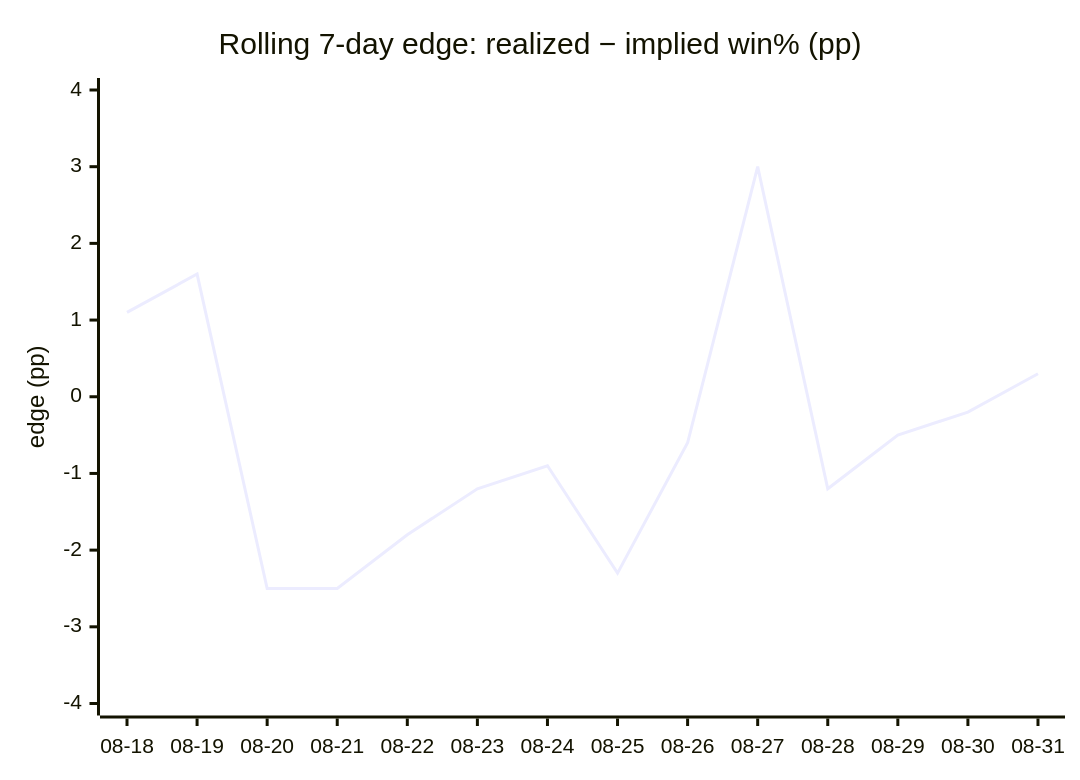
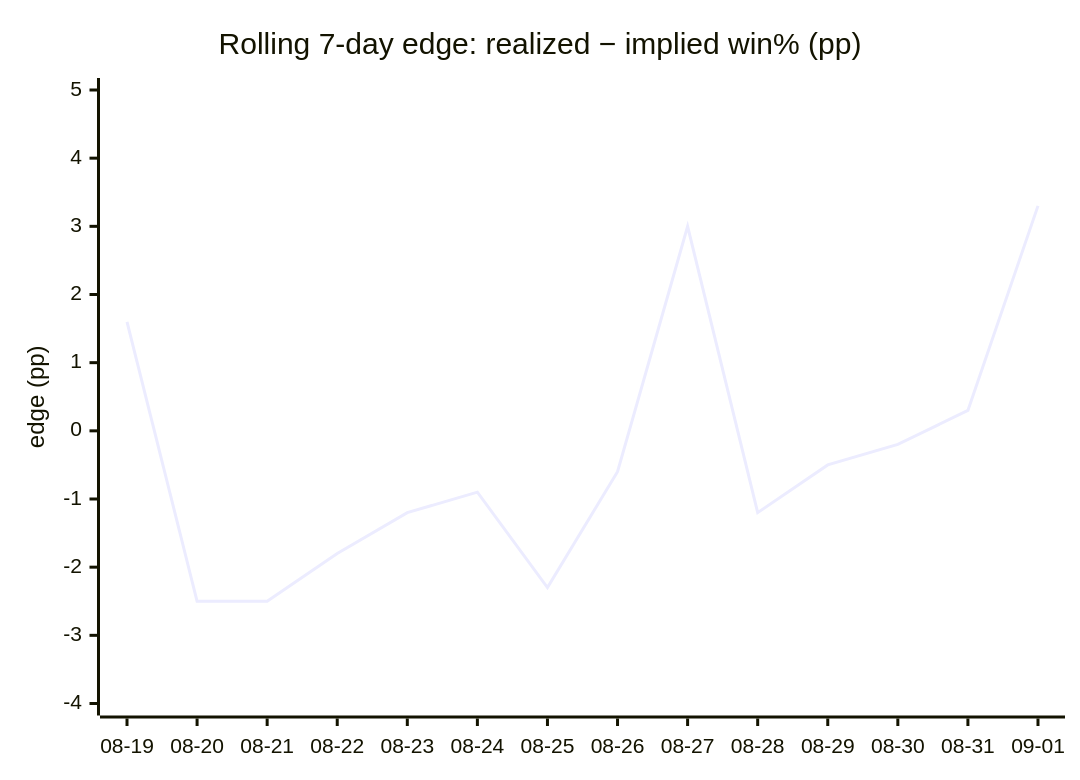
Before and after one commit to dpk1212/nhl-savant: the fourth of 4 diagrams in DAILY_AGSU_REPORT.md, drawn with Mermaid. The commit also changed other lines of this file, not shown here.

````diff
--- a/DAILY_AGSU_REPORT.md
+++ b/DAILY_AGSU_REPORT.md
@@ -866,7 +869,7 @@
 ```mermaid
 xychart-beta
     title "Rolling 7-day edge: realized − implied win% (pp)"
-    x-axis ["08-18", "08-19", "08-20", "08-21", "08-22", "08-23", "08-24", "08-25", "08-26", "08-27", "08-28", "08-29", "08-30", "08-31"]
-    y-axis "edge (pp)" -4 --> 4
-    line [1.1, 1.6, -2.5, -2.5, -1.8, -1.2, -0.9, -2.3, -0.6, 3, -1.2, -0.5, -0.2, 0.3]
+    x-axis ["08-19", "08-20", "08-21", "08-22", "08-23", "08-24", "08-25", "08-26", "08-27", "08-28", "08-29", "08-30", "08-31", "09-01"]
+    y-axis "edge (pp)" -4 --> 5
+    line [1.6, -2.5, -2.5, -1.8, -1.2, -0.9, -2.3, -0.6, 3, -1.2, -0.5, -0.2, 0.3, 3.3]
 ```
````
